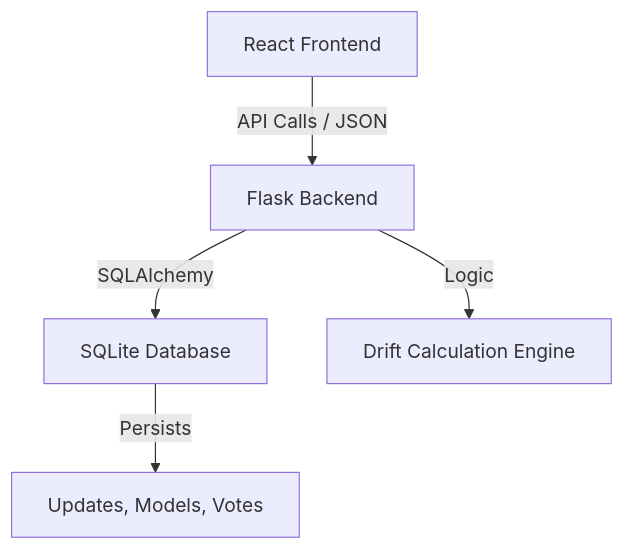
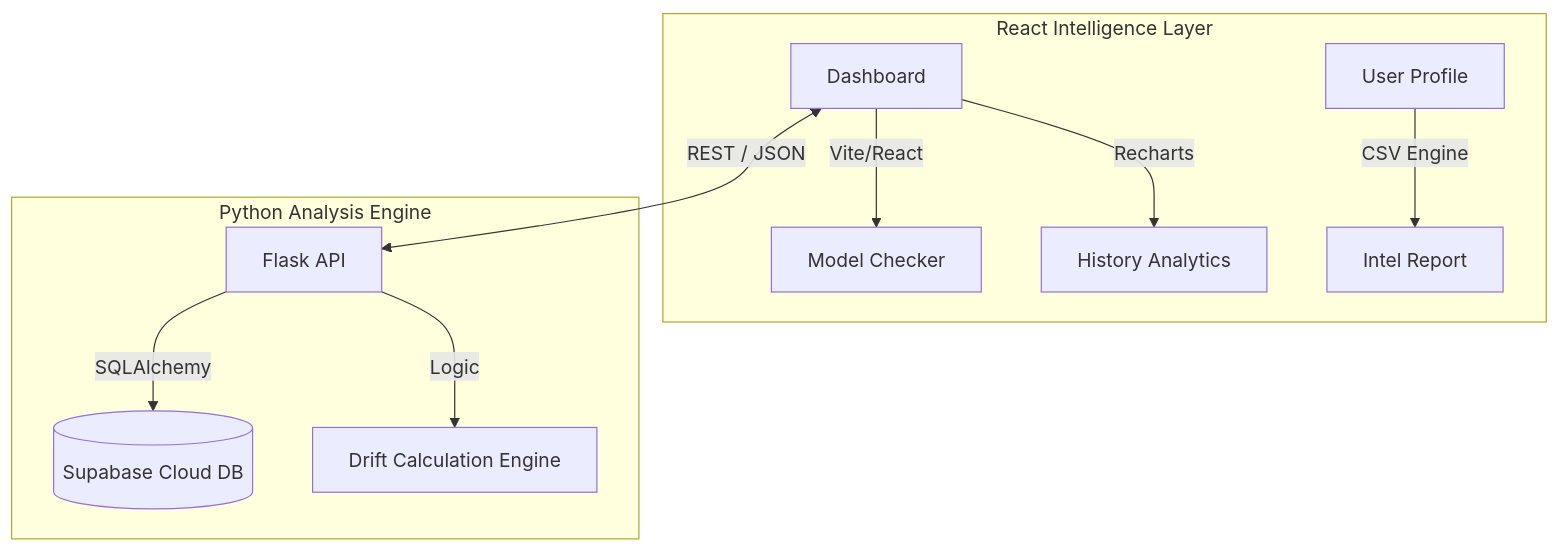
Before and after one commit to sinchanamanjunath75/AI-KDD: the diagram in README.md, drawn with Mermaid. The commit also changed other lines of this file and 32 other files, not shown here.

````diff
--- a/README.md
+++ b/README.md
@@ -7,7 +16,15 @@
 ```mermaid
 graph TD
-    A[React Frontend] -->|API Calls / JSON| B[Flask Backend]
-    B -->|SQLAlchemy| C[SQLite Database]
-    B -->|Logic| D[Drift Calculation Engine]
-    C -->|Persists| E[Updates, Models, Votes]
+    subgraph Frontend [React Intelligence Layer]
+        A[Dashboard] -->|Vite/React| B[Model Checker]
+        A -->|Recharts| C[History Analytics]
+        D[User Profile] -->|CSV Engine| E[Intel Report]
+    end
+
+    subgraph Backend [Python Analysis Engine]
+        F[Flask API] -->|SQLAlchemy| G[(Supabase Cloud DB)]
+        F -->|Logic| H[Drift Calculation Engine]
+    end
+
+    A <-->|REST / JSON| F
 ```
````
